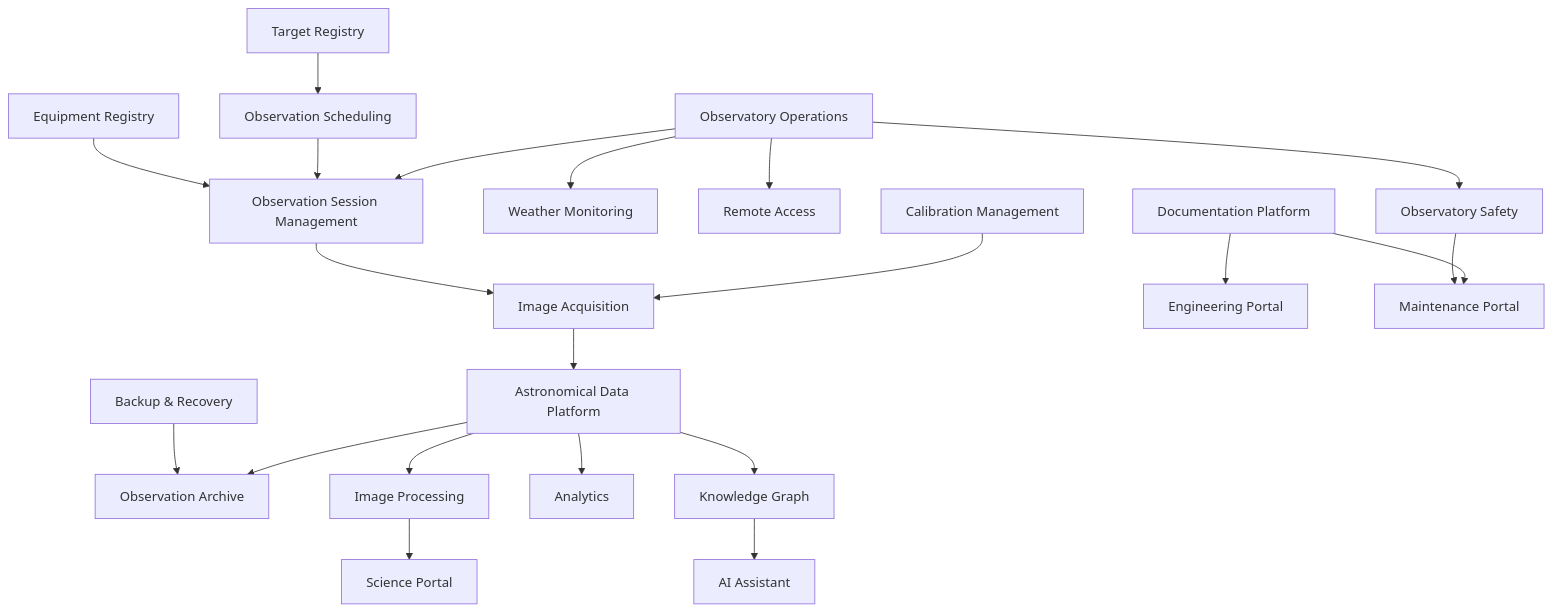
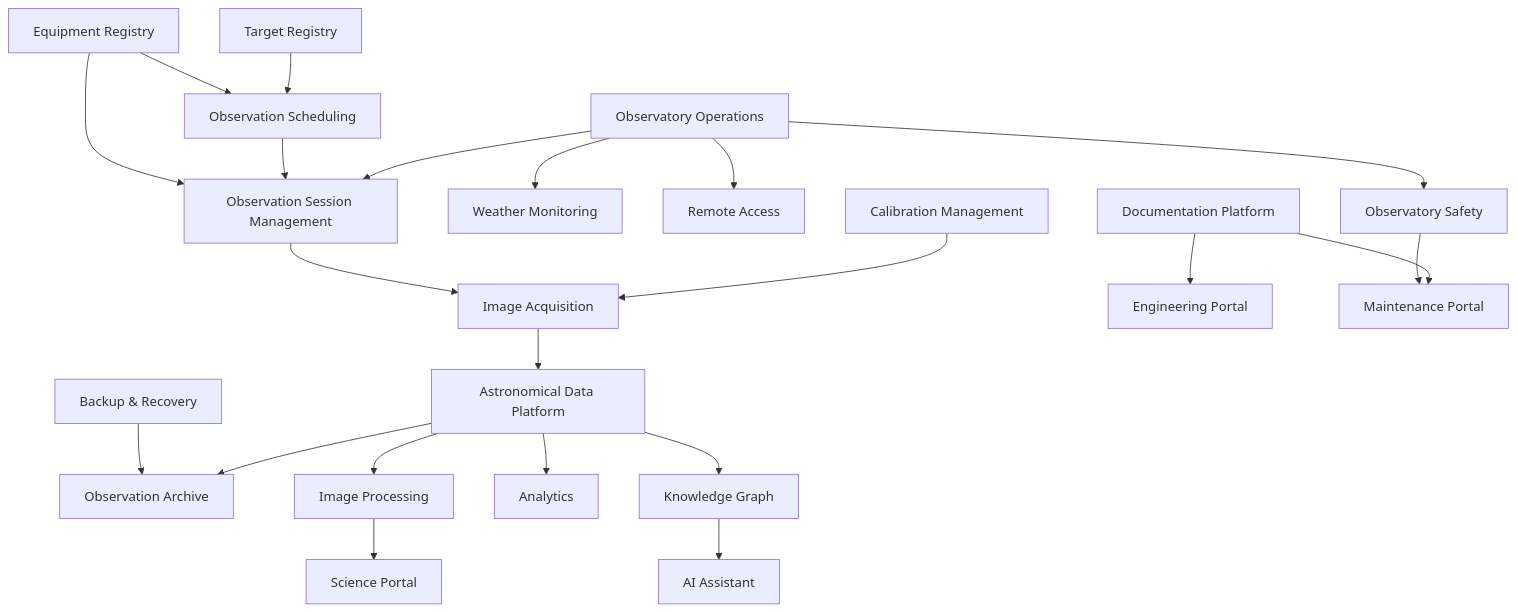
Before and after one commit to maininimassimo-bit/digital-stargate-manual: the second of 4 diagrams in docs/capabilities/CAP-000-capability-registry.md, drawn with Mermaid. The commit also changed other lines of this file, not shown here.

Commit message:
docs: update capability registry for observation scheduling

````diff
--- a/docs/capabilities/CAP-000-capability-registry.md
+++ b/docs/capabilities/CAP-000-capability-registry.md
@@ -60,23 +60,24 @@
 ```mermaid
 flowchart TD
     OPS[Observatory Operations] --> SAFE[Observatory Safety]
     OPS --> WEATHER[Weather Monitoring]
     OPS --> REMOTE[Remote Access]
     OPS --> OSM[Observation Session Management]
     SCHED[Observation Scheduling] --> OSM
     TARGET[Target Registry] --> SCHED
-    EQUIP[Equipment Registry] --> OSM
+    EQUIP[Equipment Registry] --> SCHED
+    EQUIP --> OSM
     CAL[Calibration Management] --> ACQ[Image Acquisition]
     OSM --> ACQ
     ACQ --> DATA[Astronomical Data Platform]
     DATA --> ARCH[Observation Archive]
     DATA --> PROC[Image Processing]
     PROC --> SCI[Science Portal]
     DATA --> ANL[Analytics]
     DATA --> KG[Knowledge Graph]
     KG --> AI[AI Assistant]
     DOC[Documentation Platform] --> ENG[Engineering Portal]
     DOC --> MAINT[Maintenance Portal]
     BACKUP[Backup & Recovery] --> ARCH
     SAFE --> MAINT
 ```
````
